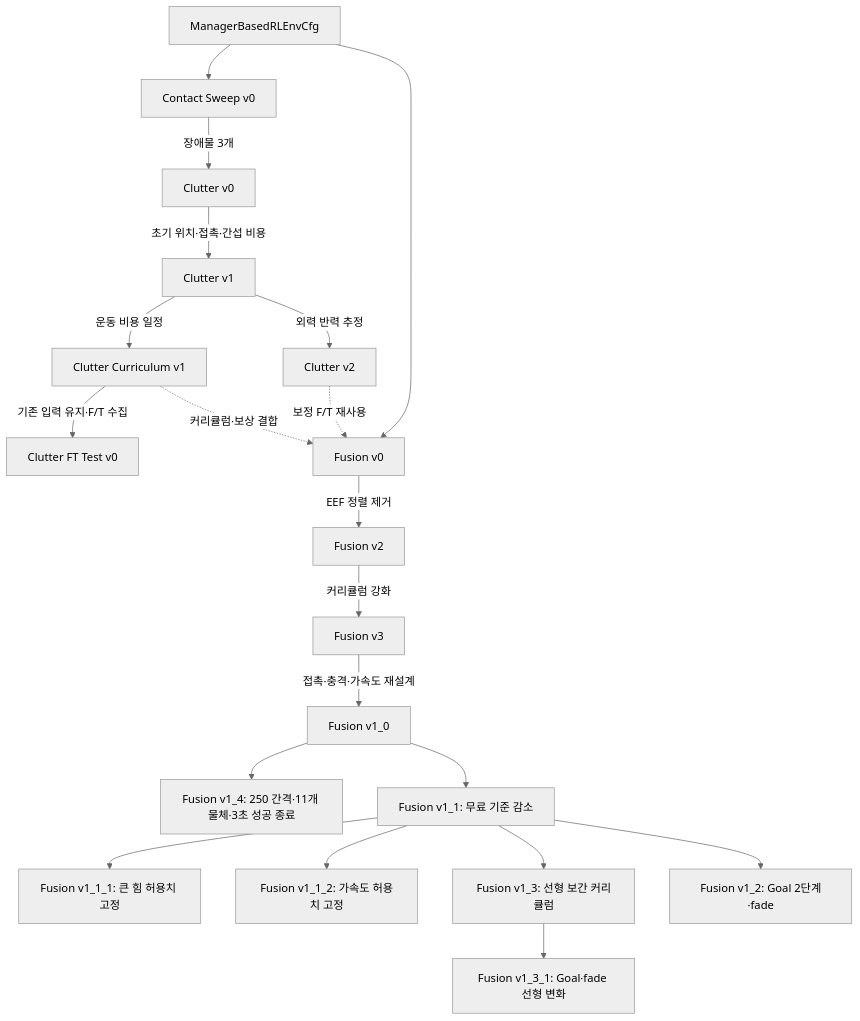
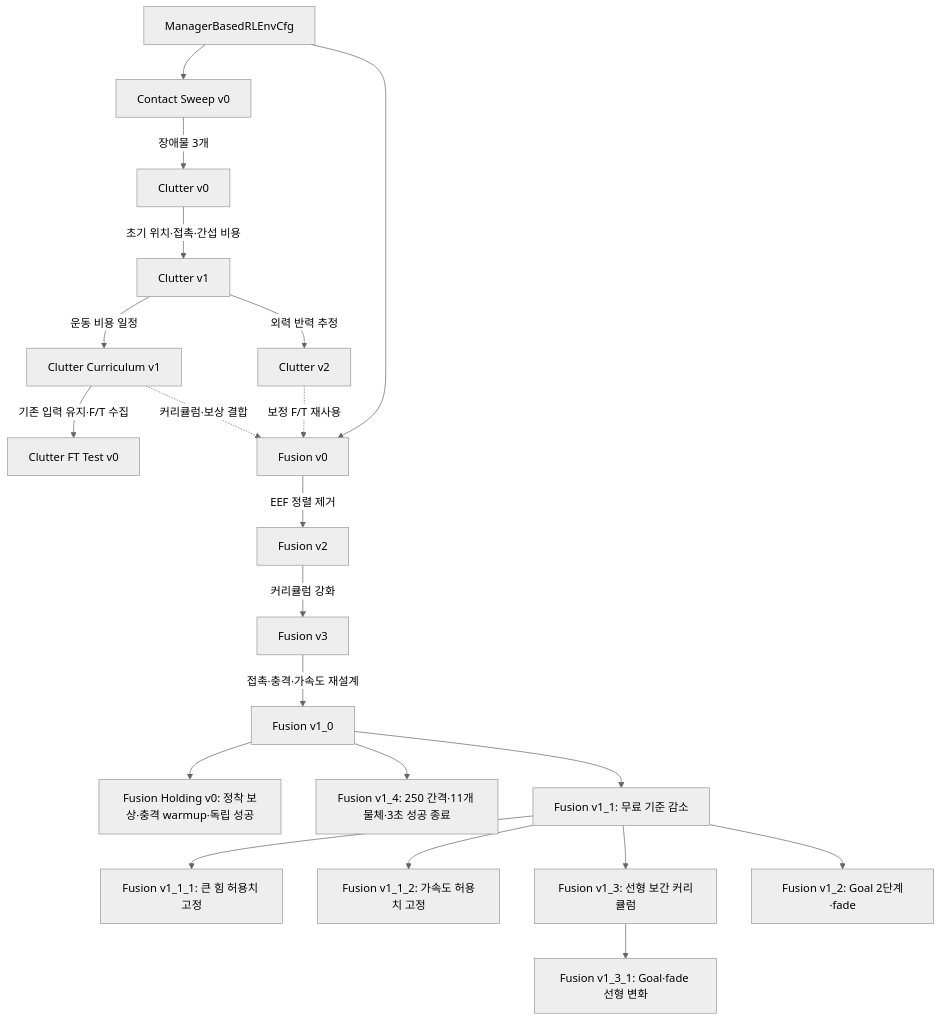
The fourth of 4 diagrams in 02_implementation/environments/ENVIRONMENT_EVOLUTION.md (7cmdehdrb/Contact-Rich-Manipulation-Context), drawn with Mermaid (neutral theme) before and after one commit. The commit also changed other lines of this file and 6 other files, not shown here.

First line of the commit message:
Add Fusion Holding v0 environment and update related documentation

````diff
--- a/02_implementation/environments/ENVIRONMENT_EVOLUTION.md
+++ b/02_implementation/environments/ENVIRONMENT_EVOLUTION.md
@@ -115,33 +115,34 @@
 ```mermaid
 flowchart TD
     M["ManagerBasedRLEnvCfg"]
     C["Contact Sweep v0"]
     C0["Clutter v0"]
     C1["Clutter v1"]
     CC["Clutter Curriculum v1"]
     C2["Clutter v2"]
     FT["Clutter FT Test v0"]
     F0["Fusion v0"]
     F2["Fusion v2"]
     F3["Fusion v3"]
     F10["Fusion v1_0"]
+    F10 --> FH["Fusion Holding v0: 정착 보상·충격 warmup·독립 성공"]
     F10 --> F14["Fusion v1_4: 250 간격·11개 물체·3초 성공 종료"]
     F10 --> F11["Fusion v1_1: 무료 기준 감소"]
     F11 --> F111["Fusion v1_1_1: 큰 힘 허용치 고정"]
     F11 --> F112["Fusion v1_1_2: 가속도 허용치 고정"]
     F11 --> F13["Fusion v1_3: 선형 보간 커리큘럼"]
     F13 --> F131["Fusion v1_3_1: Goal·fade 선형 변화"]
     F11 --> F12["Fusion v1_2: Goal 2단계·fade"]
     M --> C
     C -->|"장애물 3개"| C0
     C0 -->|"초기 위치·접촉·간섭 비용"| C1
     C1 -->|"운동 비용 일정"| CC
     C1 -->|"외력 반력 추정"| C2
     CC -->|"기존 입력 유지·F/T 수집"| FT
     M --> F0
     CC -. "커리큘럼·보상 결합" .-> F0
     C2 -. "보정 F/T 재사용" .-> F0
     F0 -->|"EEF 정렬 제거"| F2
     F2 -->|"커리큘럼 강화"| F3
     F3 -->|"접촉·충격·가속도 재설계"| F10
 ```
````
